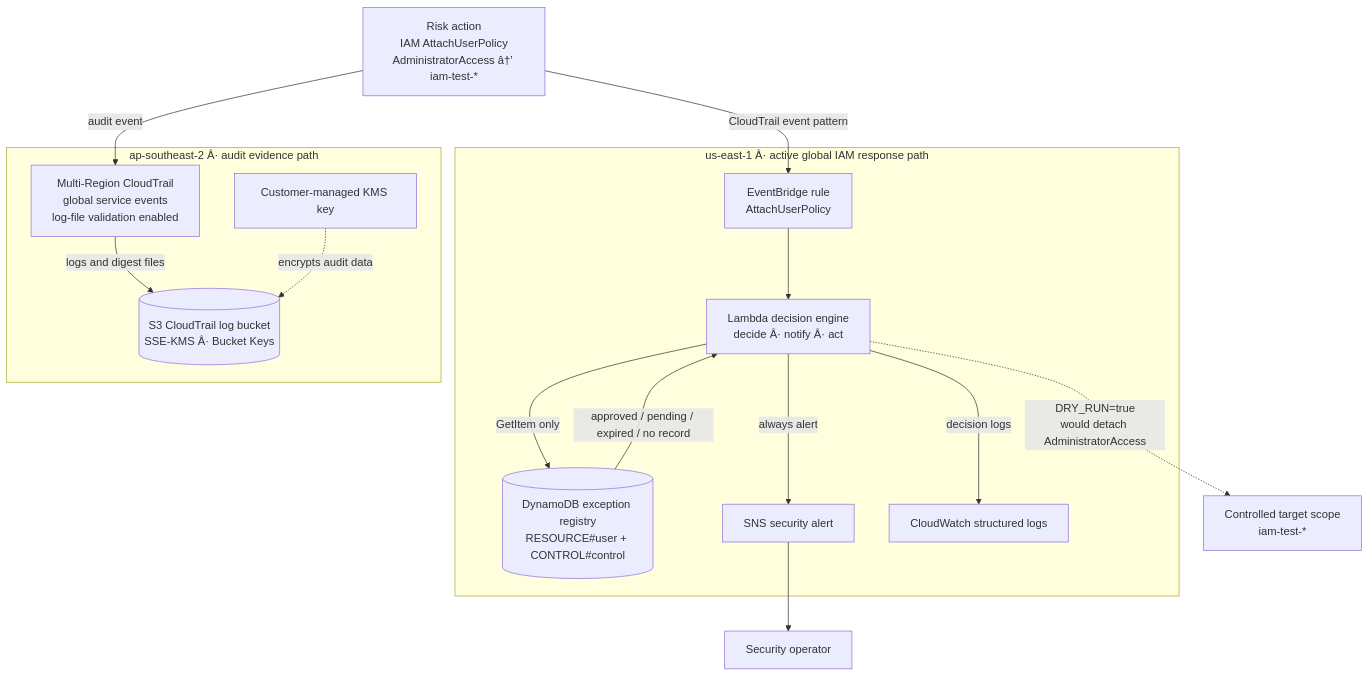
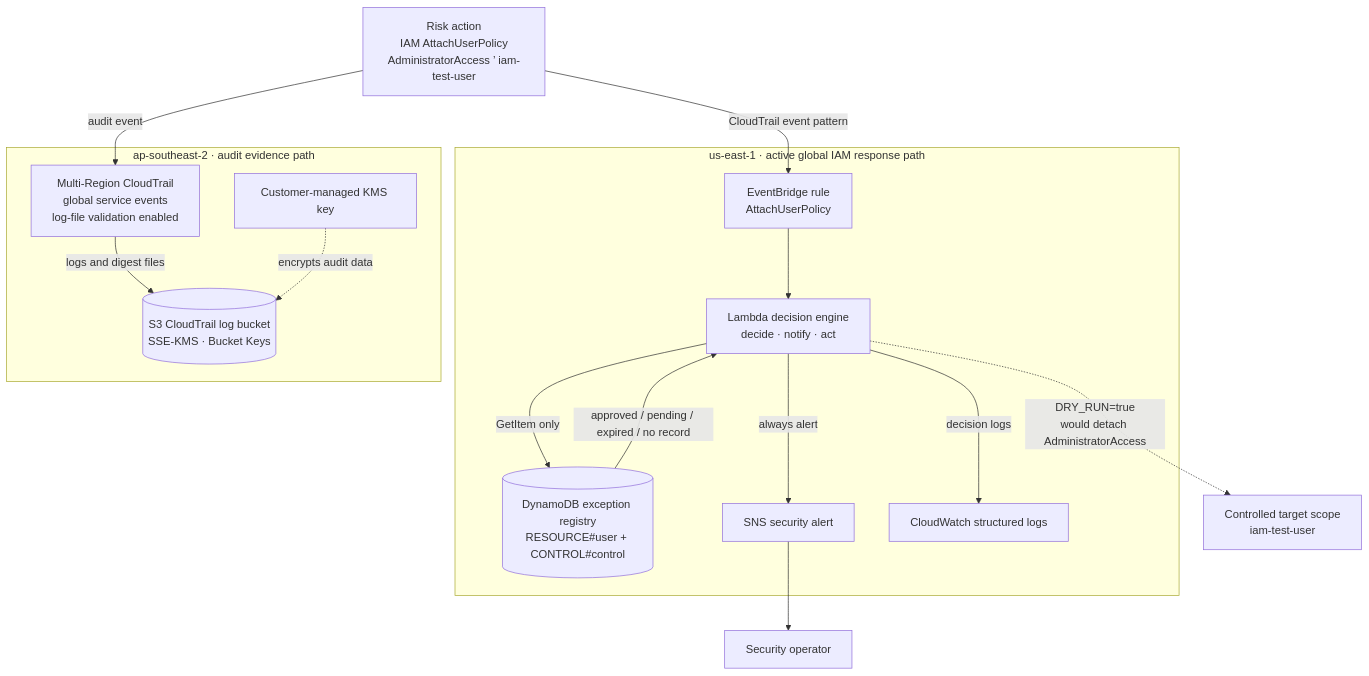
Before and after one commit to Luekrit/Cloud-Security-Automation: the diagram in README.md, drawn with Mermaid. The commit also changed other lines of this file, not shown here.

````diff
--- a/README.md
+++ b/README.md
@@ -71,37 +71,37 @@
 ```mermaid
 flowchart TB
-    API["Risk action<br/>IAM AttachUserPolicy<br/>AdministratorAccess â†’ iam-test-*"]
+    API["Risk action<br/>IAM AttachUserPolicy<br/>AdministratorAccess ’ iam-test-user"]
 
-    subgraph USE1["us-east-1 Â· active global IAM response path"]
+    subgraph USE1["us-east-1 · active global IAM response path"]
         EB["EventBridge rule<br/>AttachUserPolicy"]
-        LAM["Lambda decision engine<br/>decide Â· notify Â· act"]
+        LAM["Lambda decision engine<br/>decide · notify · act"]
         DDB[("DynamoDB exception registry<br/>RESOURCE#user + CONTROL#control")]
         SNS["SNS security alert"]
         CW["CloudWatch structured logs"]
     end
 
-    subgraph APSE2["ap-southeast-2 Â· audit evidence path"]
+    subgraph APSE2["ap-southeast-2 · audit evidence path"]
         CT["Multi-Region CloudTrail<br/>global service events<br/>log-file validation enabled"]
-        S3[("S3 CloudTrail log bucket<br/>SSE-KMS Â· Bucket Keys")]
+        S3[("S3 CloudTrail log bucket<br/>SSE-KMS · Bucket Keys")]
         KMS["Customer-managed KMS key"]
     end
 
-    TARGET["Controlled target scope<br/>iam-test-*"]
+    TARGET["Controlled target scope<br/>iam-test-user"]
     OPS["Security operator"]
 
     API -->|"CloudTrail event pattern"| EB
     API -->|"audit event"| CT
     EB --> LAM
 
     LAM -->|"GetItem only"| DDB
     DDB -->|"approved / pending / expired / no record"| LAM
 
     LAM -->|"always alert"| SNS
     LAM -->|"decision logs"| CW
     SNS --> OPS
 
     LAM -.->|"DRY_RUN=true<br/>would detach AdministratorAccess"| TARGET
 
     CT -->|"logs and digest files"| S3
     KMS -.->|"encrypts audit data"| S3
 ```
````
